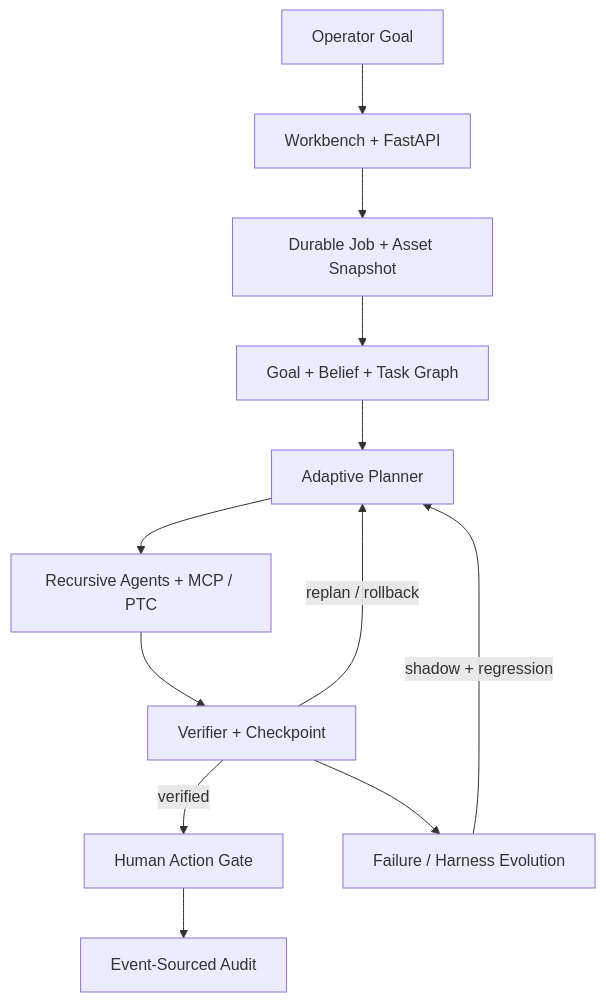
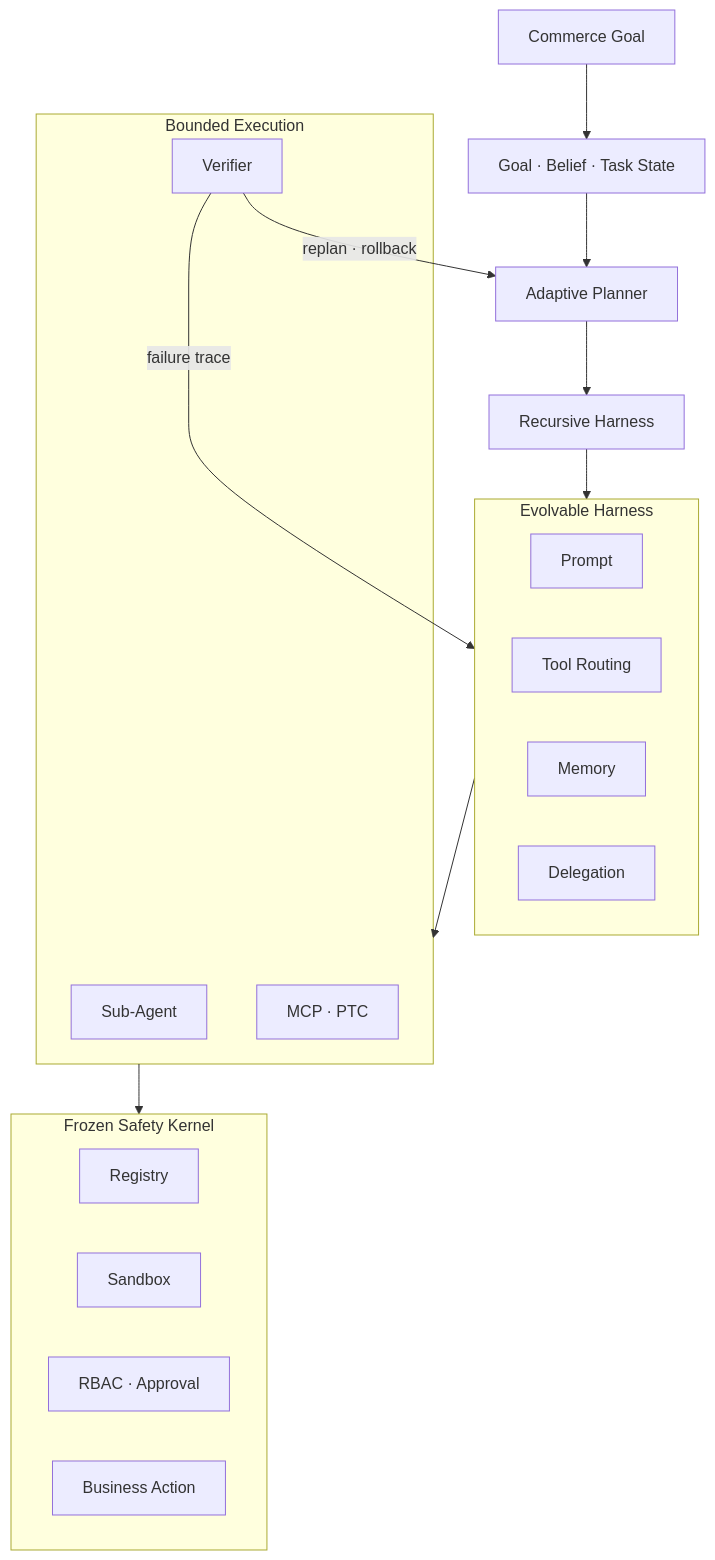
The first of 4 diagrams in README.md (jiaweine/EcomEvo-Harness), drawn with Mermaid before and after one commit. The commit also changed other lines of this file and 14 other files, not shown here.

````diff
--- a/README.md
+++ b/README.md
@@ -40,14 +38,32 @@
 ```mermaid
 flowchart TB
-    U[Operator Goal] --> API[Workbench + FastAPI]
-    API --> JOB[Durable Job + Asset Snapshot]
-    JOB --> STATE[Goal + Belief + Task Graph]
+    GOAL[Commerce Goal] --> STATE[Goal · Belief · Task State]
     STATE --> PLAN[Adaptive Planner]
-    PLAN --> ACT[Recursive Agents + MCP / PTC]
-    ACT --> VERIFY[Verifier + Checkpoint]
-    VERIFY -->|replan / rollback| PLAN
-    VERIFY -->|verified| GATE[Human Action Gate]
-    VERIFY --> EVOLVE[Failure / Harness Evolution]
-    EVOLVE -->|shadow + regression| PLAN
-    GATE --> AUDIT[Event-Sourced Audit]
+    PLAN --> HARNESS[Recursive Harness]
+
+    subgraph EVOLVE[Evolvable Harness]
+        PROMPT[Prompt]
+        TOOL[Tool Routing]
+        MEMORY[Memory]
+        DELEGATE[Delegation]
+    end
+
+    subgraph EXEC[Bounded Execution]
+        AGENT[Sub-Agent]
+        PTC[MCP · PTC]
+        CHECK[Verifier]
+    end
+
+    subgraph KERNEL[Frozen Safety Kernel]
+        REGISTRY[Registry]
+        SANDBOX[Sandbox]
+        RBAC[RBAC · Approval]
+        ACTION[Business Action]
+    end
+
+    HARNESS --> EVOLVE
+    EVOLVE --> EXEC
+    EXEC --> KERNEL
+    CHECK -->|replan · rollback| PLAN
+    CHECK -->|failure trace| EVOLVE
 ```
````
